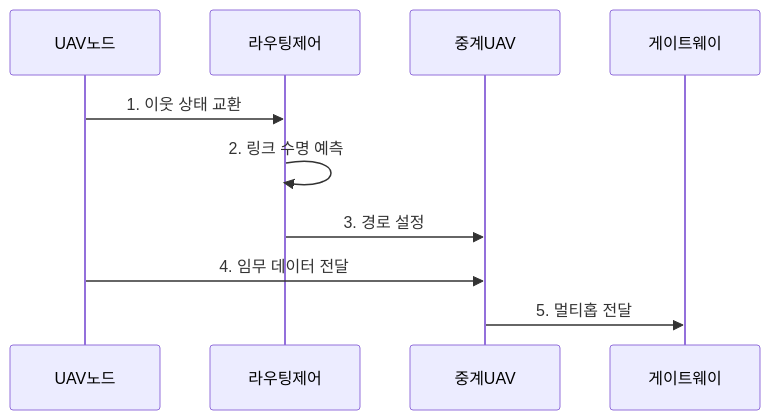
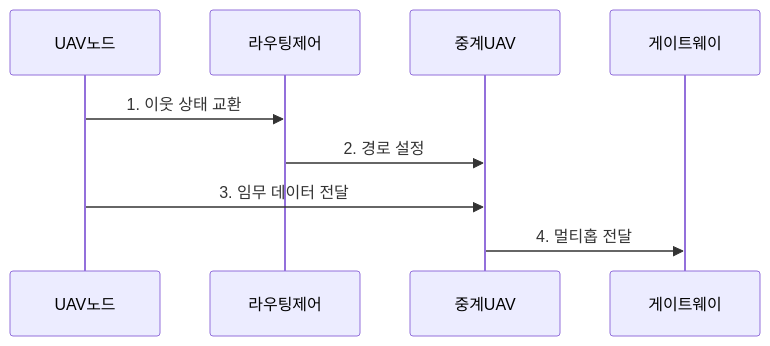
One commit to agnusdei1207/knowledge-base changed the second of 2 diagrams in src/content/docs/notes/04-network/052_fanet_drone_network.md. Above: the diagram before and after it, drawn with Mermaid. The commit also changed other lines of this file and 122 other files, not shown here.

````diff
--- a/src/content/docs/notes/04-network/052_fanet_drone_network.md
+++ b/src/content/docs/notes/04-network/052_fanet_drone_network.md
@@ -79,12 +79,11 @@
 ```mermaid
 sequenceDiagram
     participant UAV노드
     participant 라우팅제어
     participant 중계UAV
     participant 게이트웨이
     UAV노드->>라우팅제어: 1. 이웃 상태 교환
-    라우팅제어->>라우팅제어: 2. 링크 수명 예측
-    라우팅제어->>중계UAV: 3. 경로 설정
-    UAV노드->>중계UAV: 4. 임무 데이터 전달
-    중계UAV->>게이트웨이: 5. 멀티홉 전달
+    라우팅제어->>중계UAV: 2. 경로 설정
+    UAV노드->>중계UAV: 3. 임무 데이터 전달
+    중계UAV->>게이트웨이: 4. 멀티홉 전달
 ```
````
